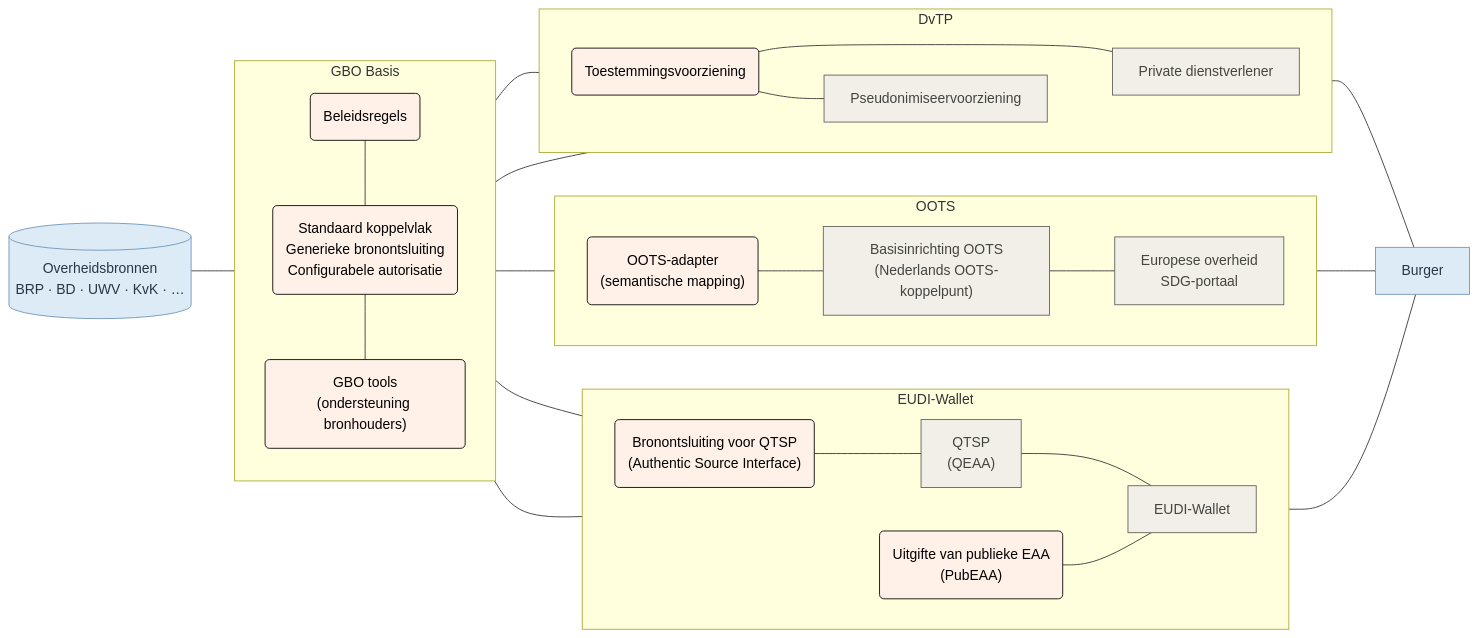
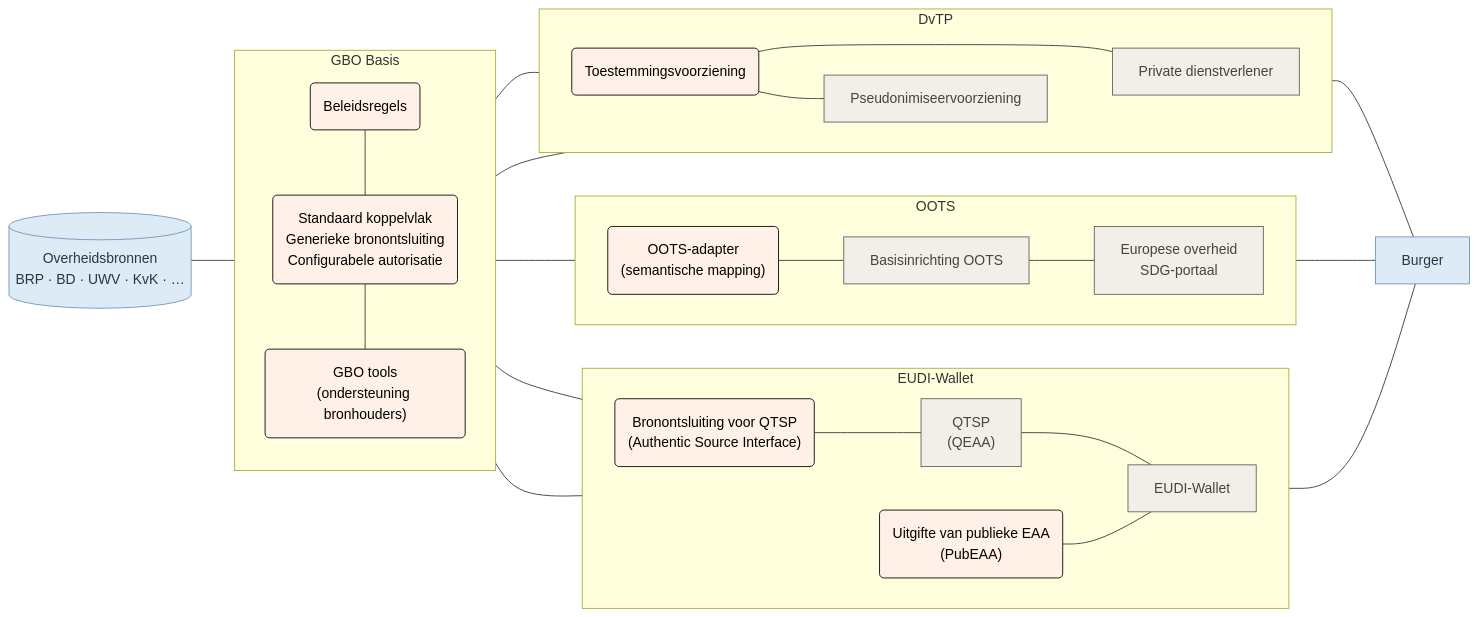
The diagram in main/diagrammen/gbo_swimlanes_simpel.mmd (ICTU/GBO-GO), drawn with Mermaid before and after one commit. The commit also changed 5 other files, not shown here.

```diff
--- a/main/diagrammen/gbo_swimlanes_simpel.mmd
+++ b/main/diagrammen/gbo_swimlanes_simpel.mmd
@@ -1,67 +1,67 @@
 flowchart LR
   subgraph gbo["GBO Basis"]
     direction TB
         fsc_pap("Beleidsregels")
         fsc("Standaard koppelvlak<br/>Generieke bronontsluiting<br/>Configurabele autorisatie")
         fsc_tools("GBO tools<br/>(ondersteuning bronhouders)")
   end
   subgraph eudi["EUDI-Wallet"]
     direction LR
         eudi_asi("Bronontsluiting voor QTSP<br/>(Authentic Source Interface)")
         eudi_pubeaa("Uitgifte van publieke EAA<br/>(PubEAA)")
         eudi_qeaa["QTSP<br/>(QEAA)"]
         eudi_wallet["EUDI-Wallet"]
   end
   subgraph oots["OOTS"]
     direction LR
         oots_adapter("OOTS-adapter<br/>(semantische mapping)")
-        oots_basis["Basisinrichting OOTS<br/>(Nederlands OOTS-koppelpunt)"]
+        oots_basis["Basisinrichting OOTS"]
         oots_afnemer["Europese overheid<br/>SDG-portaal"]
   end
   subgraph dvtp["DvTP"]
     direction LR
         dvtp_toestemming("Toestemmingsvoorziening")
         dvtp_pseudoniem["Pseudonimiseervoorziening"]
         dvtp_afnemer["Private dienstverlener"]
   end
 
   fsc_pap --- fsc
   fsc --- fsc_tools
   bron[("Overheidsbronnen<br/>BRP · BD · UWV · KvK · …")] --- gbo
   eudi_asi --- eudi_qeaa
   eudi_qeaa --- eudi_wallet
   gbo --- eudi_asi & eudi_pubeaa & oots_adapter & dvtp_afnemer
   eudi_pubeaa --- eudi_wallet
   oots_adapter --- oots_basis
   oots_basis --- oots_afnemer
   gbo --- dvtp_toestemming
   dvtp_toestemming --- dvtp_afnemer
   dvtp_toestemming --- dvtp_pseudoniem
   dvtp_pseudoniem ~~~ dvtp_afnemer
   eudi_wallet --- burger["Burger"]
   oots_afnemer --- burger
   dvtp_afnemer --- burger
 
   fsc_pap:::gbo
   fsc:::gbo
   fsc_tools:::gbo
   eudi_asi:::gbo
   eudi_pubeaa:::gbo
   eudi_qeaa:::eudi
   eudi_wallet:::eudi
   oots_adapter:::gbo
   oots_basis:::oots
   oots_afnemer:::oots
   dvtp_toestemming:::gbo
   dvtp_pseudoniem:::dvtp
   dvtp_afnemer:::dvtp
   bron:::bron
   burger:::burger
 
   classDef bron fill:#DDEBF7,stroke:#6F94B8,color:#263746
   classDef generiek fill:#f1efe8,stroke:#5f5e5a,color:#444441
   classDef eudi fill:#f1efe8,stroke:#5f5e5a,color:#444441
   classDef oots fill:#f1efe8,stroke:#5f5e5a,color:#444441
   classDef dvtp fill:#f1efe8,stroke:#5f5e5a,color:#444441
   classDef gbo fill:#fff0e8,stroke:#000000,color:#000000
   classDef burger fill:#DDEBF7,stroke:#6F94B8,color:#263746
```
